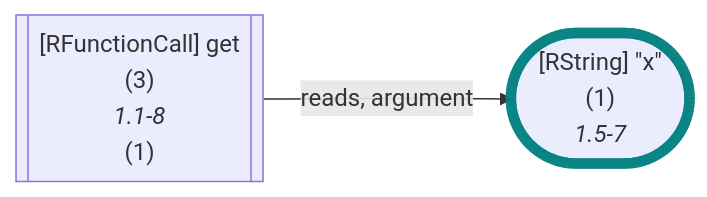
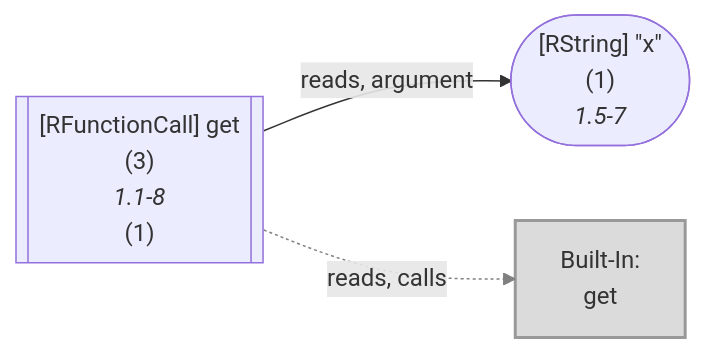
The seventh of 51 diagrams in wiki/Dataflow Graph.md (flowr-analysis/flowr), drawn with Mermaid before and after one commit. The commit also changed other lines of this file and 339 other files, not shown here.

````diff
--- a/wiki/Dataflow Graph.md
+++ b/wiki/Dataflow Graph.md
@@ -757,12 +790,16 @@
 ```mermaid
 flowchart LR
     1(["`#91;RString#93; #34;x#34;
       (1)
       *1.5-7*`"])
-    style 1 stroke:teal,stroke-width:7px,stroke-opacity:.8; 
     3[["`#91;RFunctionCall#93; get
       (3)
       *1.1-8*
     (1)`"]]
+    built-in:get["`Built-In:
+get`"]
+    style built-in:get stroke:gray,fill:lightgray,stroke-width:2px,opacity:.8;
     3 -->|"reads, argument"| 1
+    3 -.->|"reads, calls"| built-in:get
+    linkStyle 1 stroke:gray;
 ```
````
